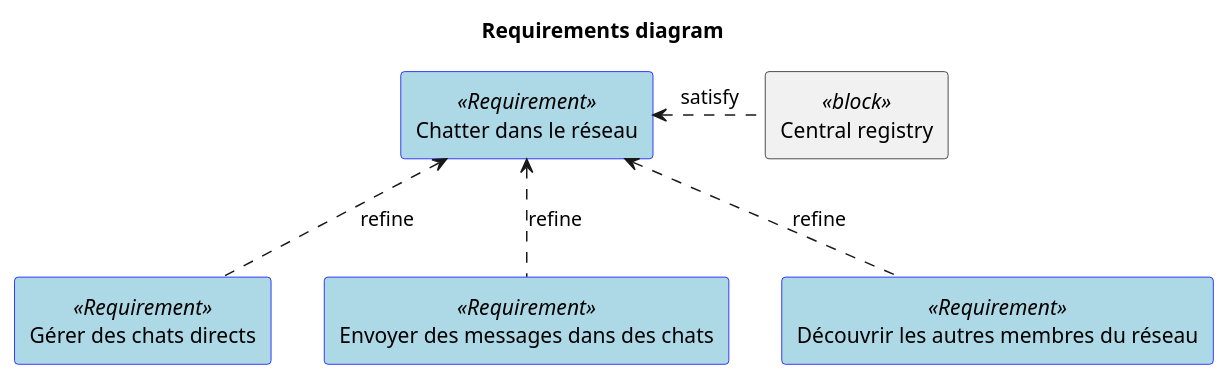
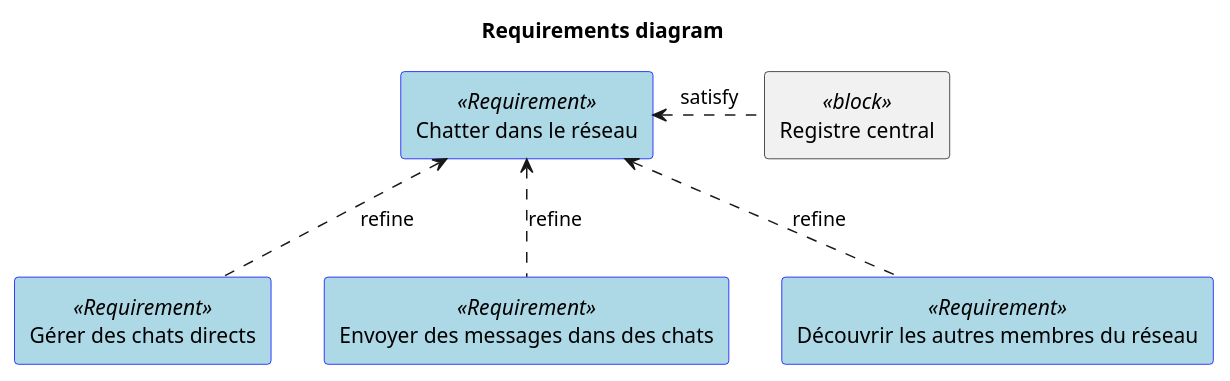
Before and after one commit to samuelroland/poneytoponey: the diagram in docs/requirements.puml, drawn with PlantUML. The commit also changed 1 other file, not shown here.

```diff
--- a/docs/requirements.puml
+++ b/docs/requirements.puml
@@ -1,21 +1,21 @@
 @startuml requirements
 title Requirements diagram
 skinparam rectangle<<Requirement>> {
   BackgroundColor LightBlue
   BorderColor Blue
 }
 
 rectangle "Chatter dans le réseau" <<Requirement>> as r1
 rectangle "Gérer des chats directs" <<Requirement>> as r2
 rectangle "Envoyer des messages dans des chats" <<Requirement>> as r3
 rectangle "Découvrir les autres membres du réseau" <<Requirement>> as r4
 
-rectangle "Central registry" <<block>> as registry
+rectangle "Registre central" <<block>> as registry
 
 r1 <.. r2 : refine
 r1 <.. r3 : refine
 r1 <.. r4 : refine
 
 r1 <. registry : satisfy
 
 @enduml
```
